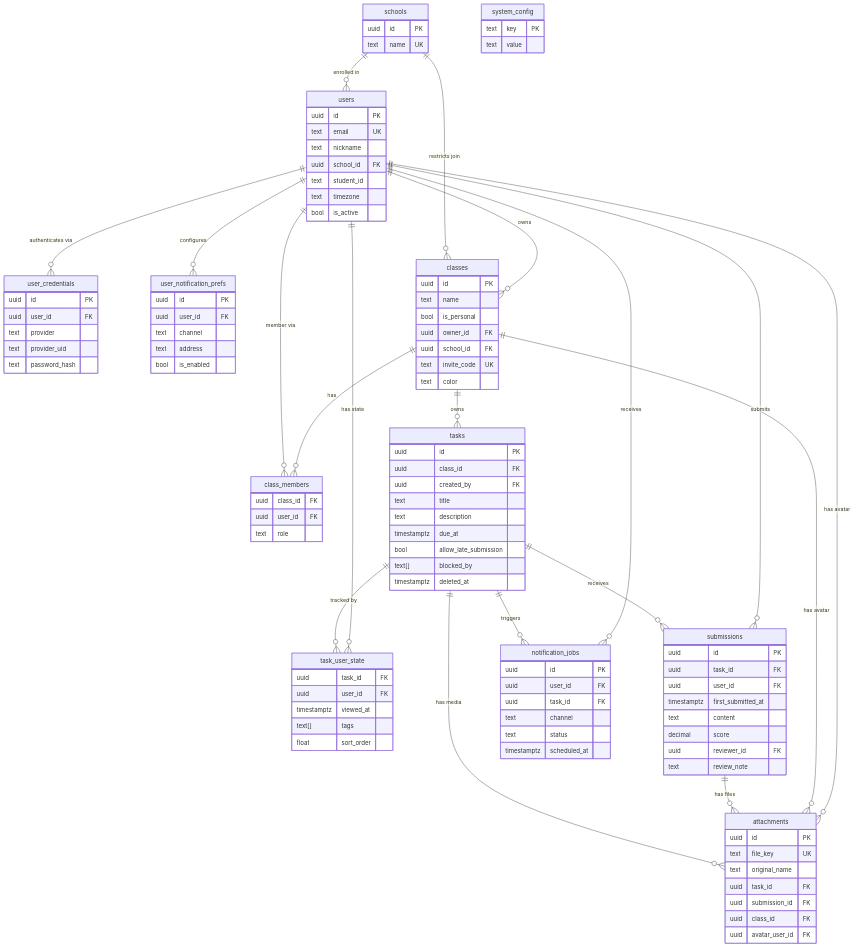
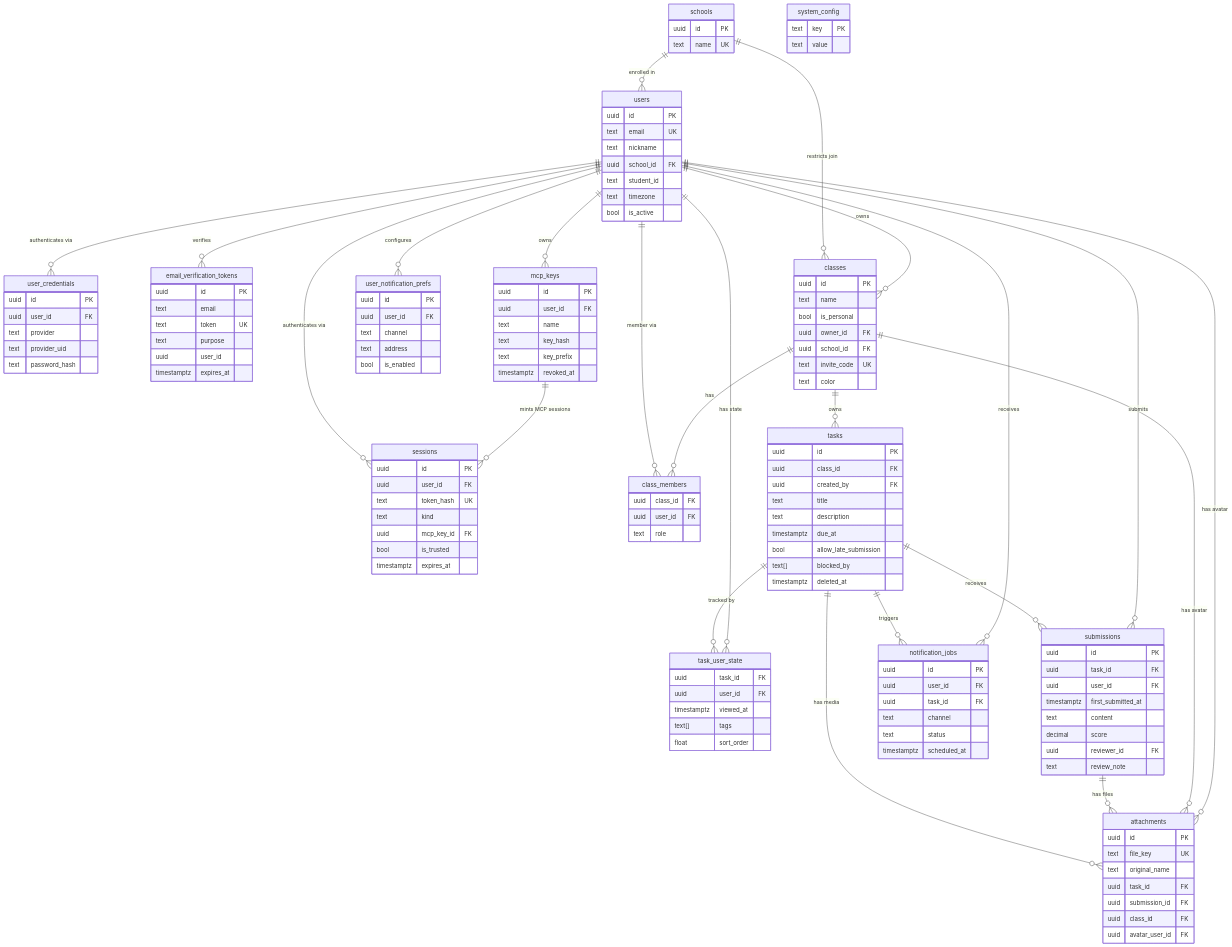
Before and after one commit to edehan/tasksneo: the diagram in docs/DATABASE.md, drawn with Mermaid. The commit also changed other lines of this file and 33 other files, not shown here.

```diff
--- a/docs/DATABASE.md
+++ b/docs/DATABASE.md
@@ -351,6 +424,31 @@
         text provider
         text provider_uid
         text password_hash
+    }
+    email_verification_tokens {
+        uuid id PK
+        text email
+        text token UK
+        text purpose
+        uuid user_id
+        timestamptz expires_at
+    }
+    mcp_keys {
+        uuid id PK
+        uuid user_id FK
+        text name
+        text key_hash
+        text key_prefix
+        timestamptz revoked_at
+    }
+    sessions {
+        uuid id PK
+        uuid user_id FK
+        text token_hash UK
+        text kind
+        uuid mcp_key_id FK
+        bool is_trusted
+        timestamptz expires_at
     }
     user_notification_prefs {
         uuid id PK
@@ -426,6 +524,10 @@
     schools ||--o{ users : "enrolled in"
     schools ||--o{ classes : "restricts join"
     users ||--o{ user_credentials : "authenticates via"
+    users ||--o{ email_verification_tokens : "verifies"
+    users ||--o{ mcp_keys : "owns"
+    users ||--o{ sessions : "authenticates via"
+    mcp_keys ||--o{ sessions : "mints MCP sessions"
     users ||--o{ user_notification_prefs : "configures"
     users ||--o{ classes : "owns"
     users ||--o{ class_members : "member via"
```
